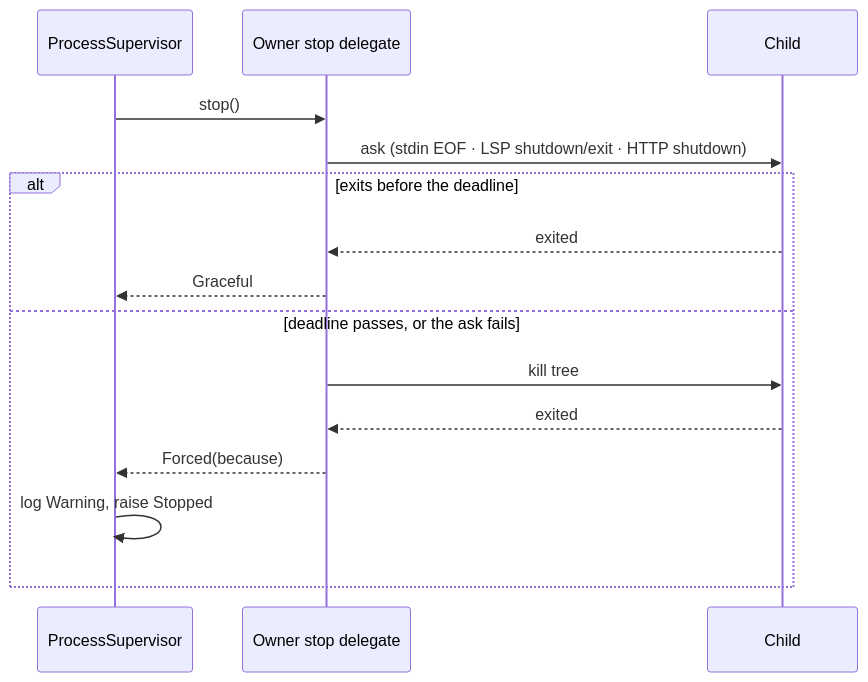
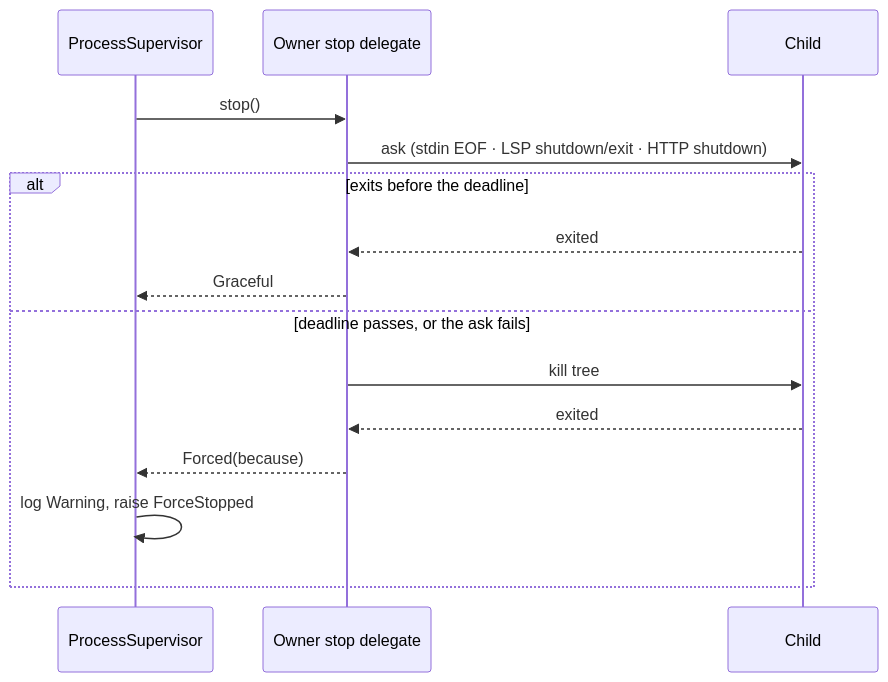
The second of 2 diagrams in docs/specs/process-supervisor.md (Kapps/weavie), drawn with Mermaid before and after one commit. The commit also changed other lines of this file and 20 other files, not shown here.

````diff
--- a/docs/specs/process-supervisor.md
+++ b/docs/specs/process-supervisor.md
@@ -100,17 +100,17 @@
 ```mermaid
 sequenceDiagram
     participant S as ProcessSupervisor
     participant O as Owner stop delegate
     participant C as Child
     S->>O: stop()
     O->>C: ask (stdin EOF · LSP shutdown/exit · HTTP shutdown)
     alt exits before the deadline
         C-->>O: exited
         O-->>S: Graceful
     else deadline passes, or the ask fails
         O->>C: kill tree
         C-->>O: exited
         O-->>S: Forced(because)
-        S->>S: log Warning, raise Stopped
+        S->>S: log Warning, raise ForceStopped
     end
 ```
````
